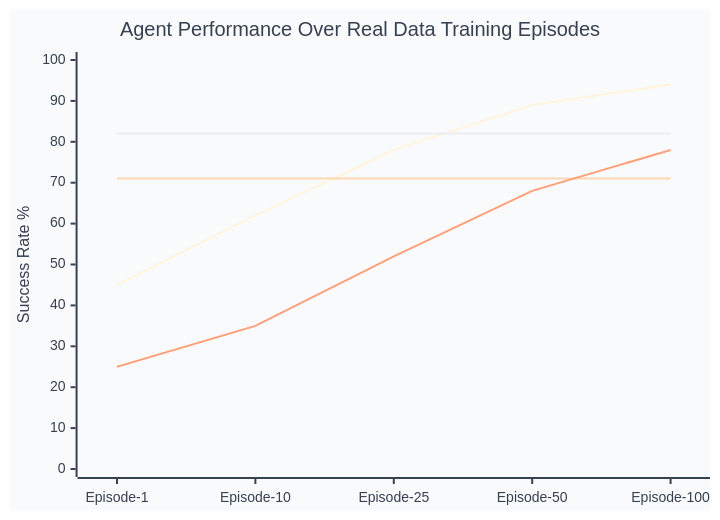
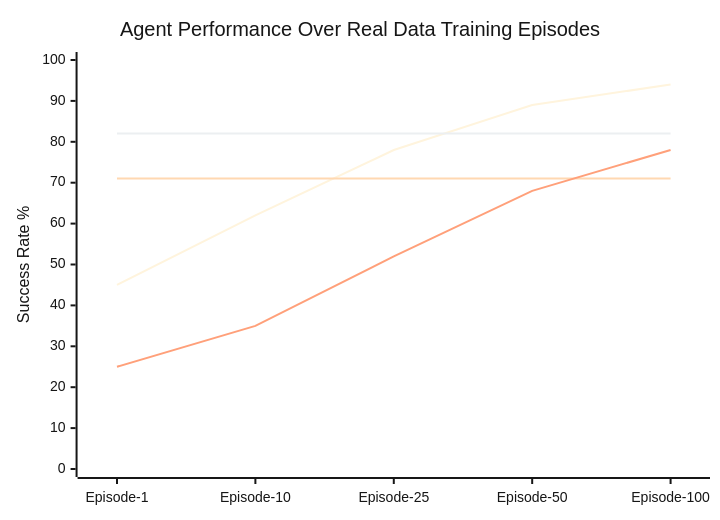
One commit to abhijit-ubale/JBL_stuff changed the seventh of 8 diagrams in README.md. Above: the diagram before and after it, drawn with Mermaid. The commit also changed other lines of this file, not shown here.

````diff
--- a/README.md
+++ b/README.md
@@ -1200,20 +1206,22 @@
 ```mermaid
 %%{init: {
   'theme': 'base',
   'themeVariables': {
-    'primaryColor': '#1E3A8A',
-    'primaryTextColor': '#374151',
-    'lineColor': '#065F46',
-    'background': '#F9FAFB',
-    'mainBkg': '#FFFFFF'
+    'primaryColor': '#002D9C',
+    'primaryTextColor': '#161616',
+    'lineColor': '#525252',
+    'background': '#FFFFFF',
+    'mainBkg': '#F4F4F4',
+    'fontFamily': 'IBM Plex Sans, -apple-system, BlinkMacSystemFont, Segoe UI, Roboto, sans-serif',
+    'fontSize': '12px'
   }
 }}%%
 xychart-beta
     title "Agent Performance Over Real Data Training Episodes"
     x-axis [Episode-1, Episode-10, Episode-25, Episode-50, Episode-100]
     y-axis "Success Rate %" 0 --> 100
-    line "🧠 CRL Agent" [45, 62, 78, 89, 94]
-    line "📊 Deterministic" [71, 71, 71, 71, 71]  
-    line "⚡ Pure RL" [25, 35, 52, 68, 78]
-    line "💡 Causal Heuristic" [82, 82, 82, 82, 82]
+    line "CRL Agent" [45, 62, 78, 89, 94]
+    line "Deterministic" [71, 71, 71, 71, 71]  
+    line "Pure RL" [25, 35, 52, 68, 78]
+    line "Causal Heuristic" [82, 82, 82, 82, 82]
 ```
````
